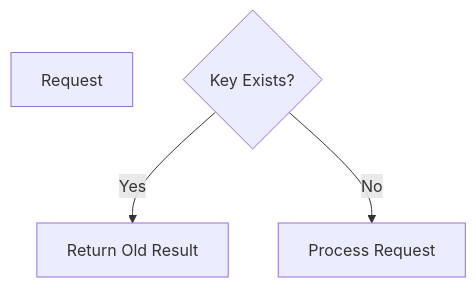
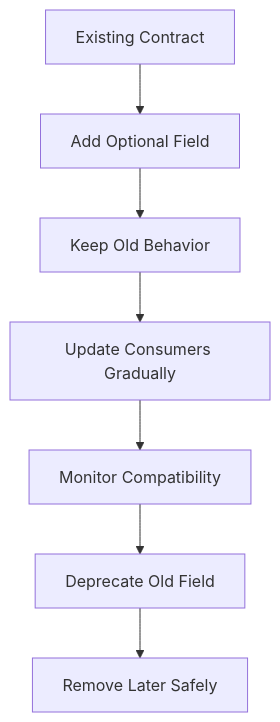
One commit to dbajajmnk/systemdesign changed the second of 2 diagrams in systemdesign/10. Consistency and Data Integrity/How.md. Above: the diagram before and after it, drawn with Mermaid. The commit also changed other lines of this file and 2 other files, not shown here.

````diff
--- a/systemdesign/10. Consistency and Data Integrity/How.md
+++ b/systemdesign/10. Consistency and Data Integrity/How.md
@@ -103,8 +492,9 @@
-```mermaid
+```mermaid id="tcajf2"
 flowchart TD
-    A[Request]
-    B{Key Exists?}
-
-    B -- Yes --> C[Return Old Result]
-    B -- No --> D[Process Request]
+    A[Existing Contract] --> B[Add Optional Field]
+    B --> C[Keep Old Behavior]
+    C --> D[Update Consumers Gradually]
+    D --> E[Monitor Compatibility]
+    E --> F[Deprecate Old Field]
+    F --> G[Remove Later Safely]
 ```
````
